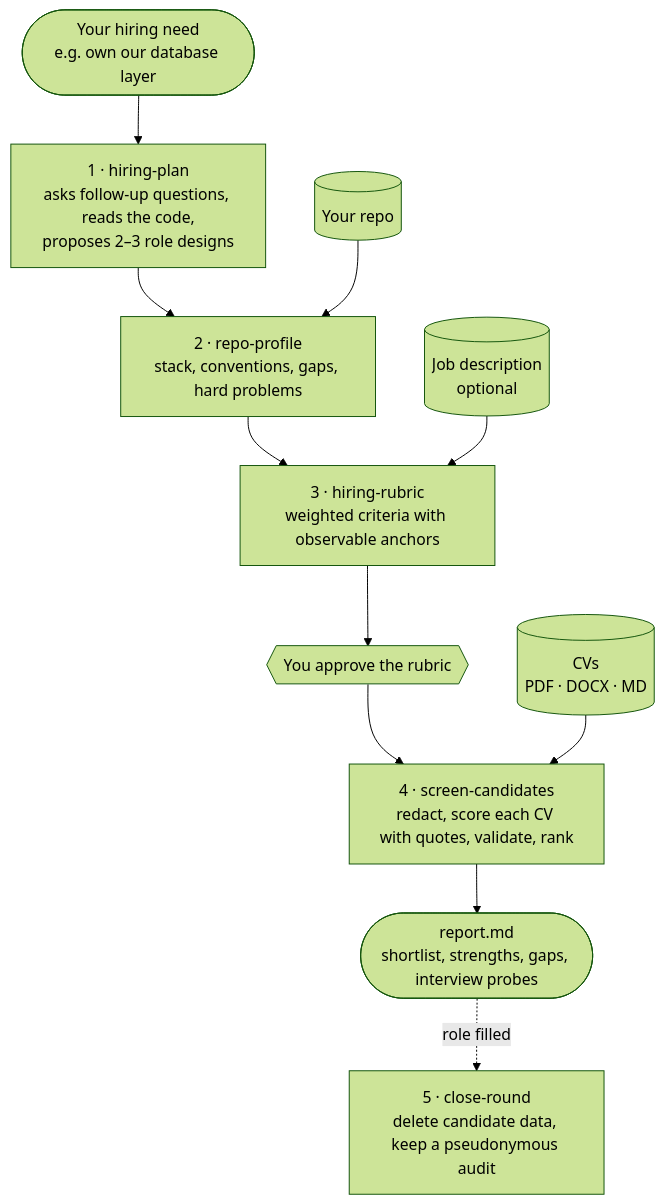
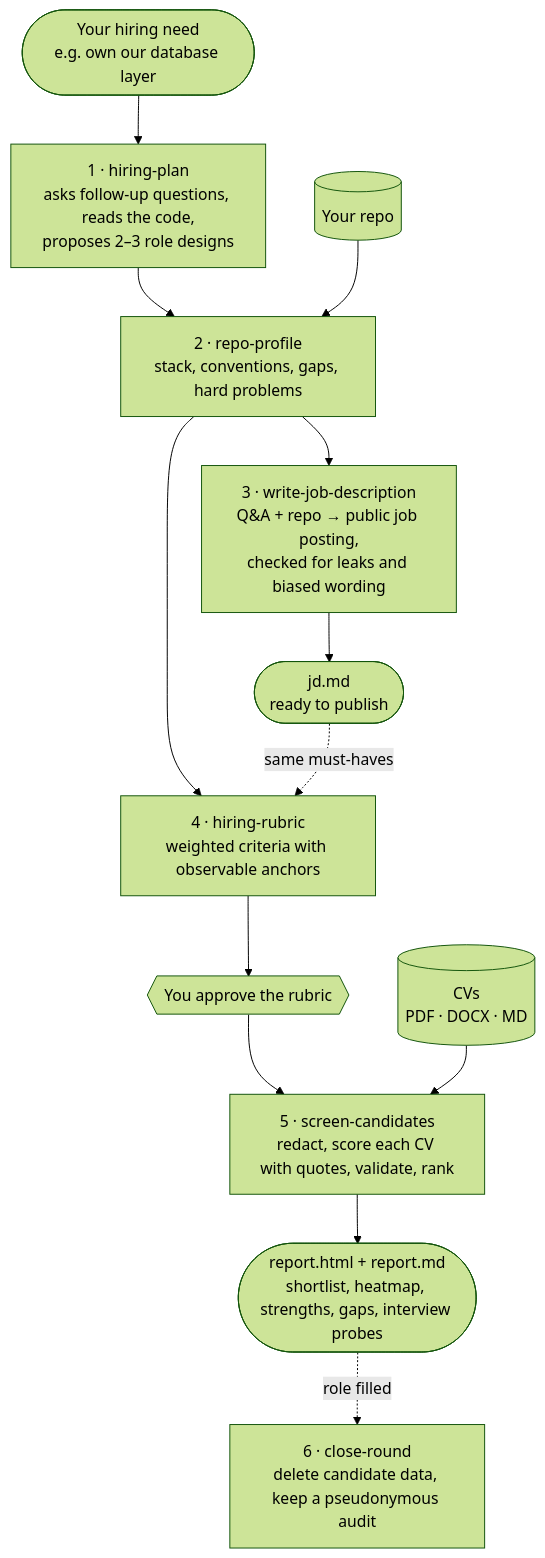
One commit to shikhar58/repo-aware-hiring changed the diagram in docs/assets/how-it-works.mmd. Above: the diagram before and after it, drawn with Mermaid (forest theme). The commit also changed 14 other files, not shown here.

First line of the commit message:
Add write-job-description skill and JD checker (v0.6.0)

```diff
--- a/docs/assets/how-it-works.mmd
+++ b/docs/assets/how-it-works.mmd
@@ -1,11 +1,13 @@
 flowchart TB
     need(["Your hiring need<br/>e.g. own our database layer"]) --> plan["1 · hiring-plan<br/>asks follow-up questions, reads the code,<br/>proposes 2–3 role designs"]
     plan --> profile["2 · repo-profile<br/>stack, conventions, gaps, hard problems"]
     repo[("Your repo")] --> profile
-    profile --> rubric["3 · hiring-rubric<br/>weighted criteria with observable anchors"]
-    jd[("Job description<br/>optional")] --> rubric
+    profile --> jdw["3 · write-job-description<br/>Q&A + repo → public job posting,<br/>checked for leaks and biased wording"]
+    jdw --> post(["jd.md<br/>ready to publish"])
+    profile --> rubric["4 · hiring-rubric<br/>weighted criteria with observable anchors"]
+    post -. same must-haves .-> rubric
     rubric --> approve{{"You approve the rubric"}}
-    approve --> screen["4 · screen-candidates<br/>redact, score each CV with quotes, validate, rank"]
+    approve --> screen["5 · screen-candidates<br/>redact, score each CV with quotes, validate, rank"]
     cvs[("CVs<br/>PDF · DOCX · MD")] --> screen
-    screen --> report(["report.md<br/>shortlist, strengths, gaps, interview probes"])
-    report -.->|role filled| close["5 · close-round<br/>delete candidate data, keep a pseudonymous audit"]
+    screen --> report(["report.html + report.md<br/>shortlist, heatmap, strengths, gaps, interview probes"])
+    report -.->|role filled| close["6 · close-round<br/>delete candidate data, keep a pseudonymous audit"]
```
